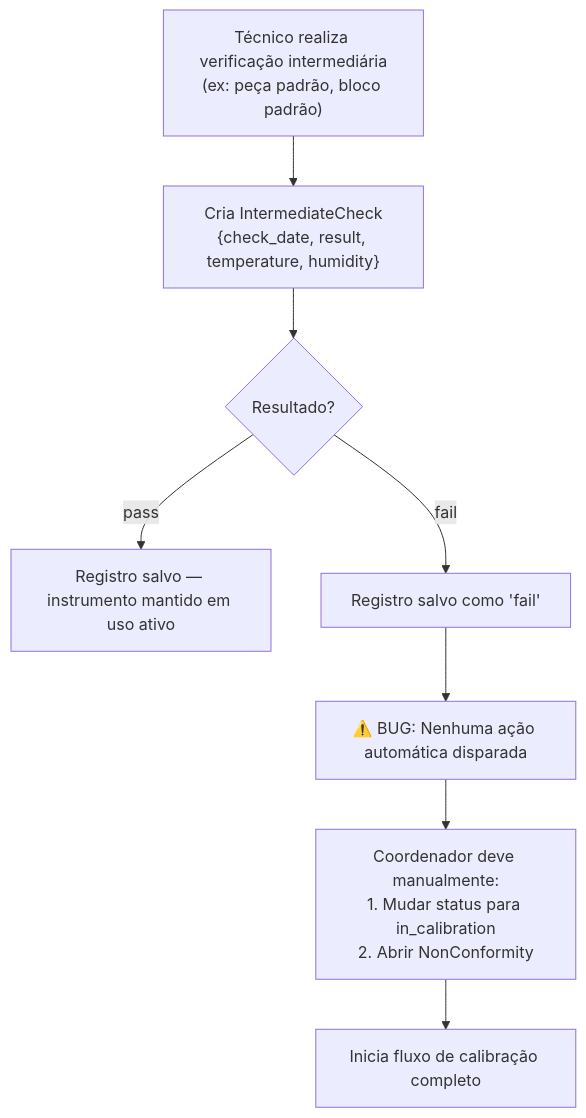
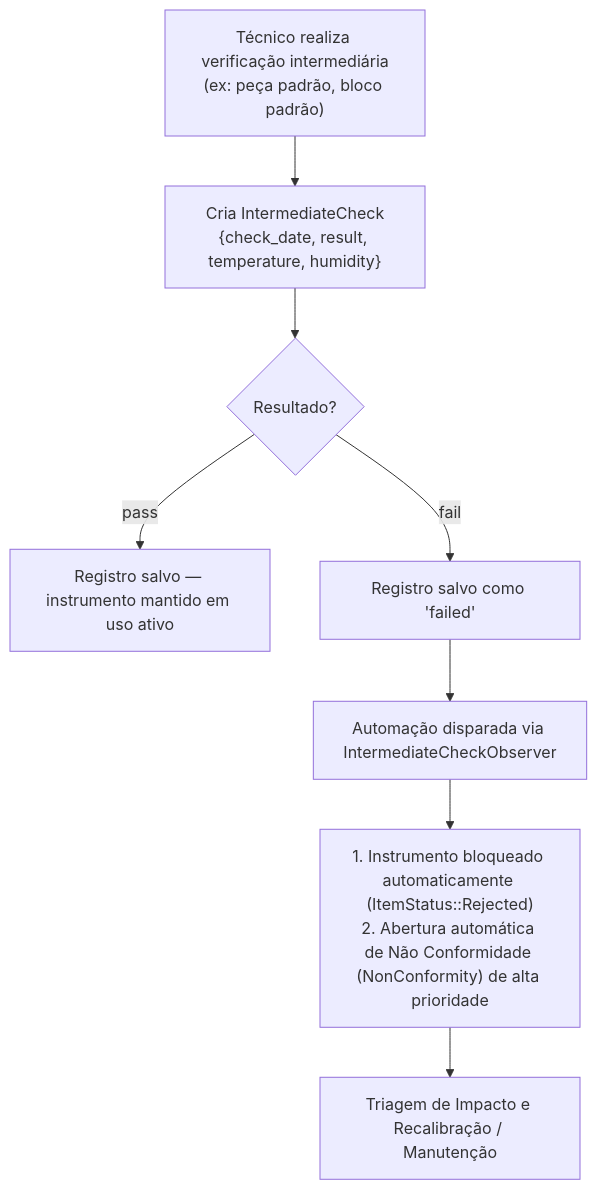
One commit to Andre-Macedo/amemiya changed the fifth of 8 diagrams in docs/metrology/METROLOGY_MODULE_GUIDE.md. Above: the diagram before and after it, drawn with Mermaid. The commit also changed other lines of this file and 6 other files, not shown here.

````diff
--- a/docs/metrology/METROLOGY_MODULE_GUIDE.md
+++ b/docs/metrology/METROLOGY_MODULE_GUIDE.md
@@ -176,10 +176,10 @@
 ```mermaid
 flowchart TD
     A["Técnico realiza verificação intermediária<br/>(ex: peça padrão, bloco padrão)"] --> B["Cria IntermediateCheck<br/>{check_date, result, temperature, humidity}"]
     B --> C{Resultado?}
     C -->|pass| D["Registro salvo — instrumento mantido em uso ativo"]
-    C -->|fail| E["Registro salvo como 'fail'"]
-    E --> F["⚠️ BUG: Nenhuma ação automática disparada"]
-    F --> G["Coordenador deve manualmente:<br/>1. Mudar status para in_calibration<br/>2. Abrir NonConformity"]
-    G --> H["Inicia fluxo de calibração completo"]
+    C -->|fail| E["Registro salvo como 'failed'"]
+    E --> F["Automação disparada via IntermediateCheckObserver"]
+    F --> G["1. Instrumento bloqueado automaticamente (ItemStatus::Rejected)<br/>2. Abertura automática de Não Conformidade (NonConformity) de alta prioridade"]
+    G --> H["Triagem de Impacto e Recalibração / Manutenção"]
 ```
````
